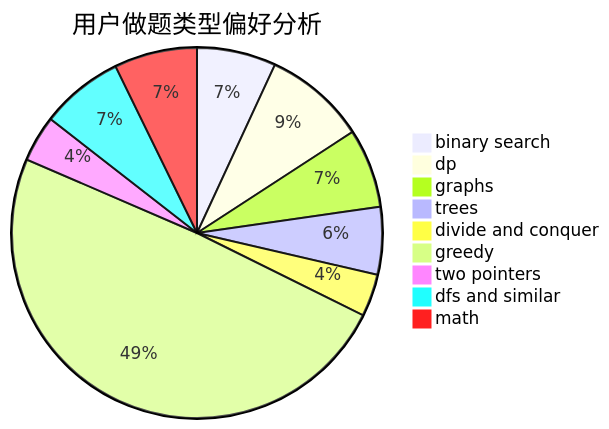
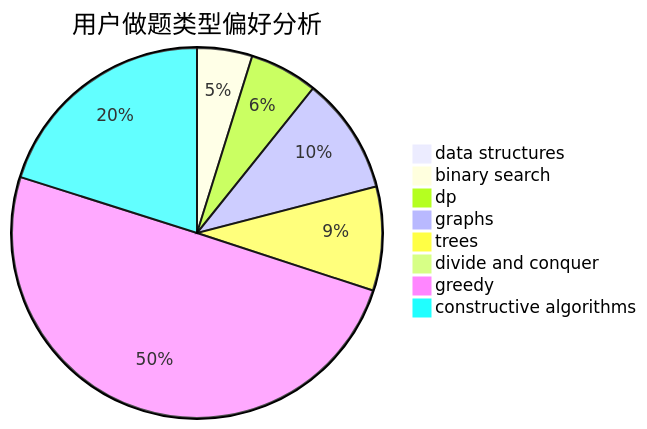
Before and after one commit to sherpahu/cfrs.github.io: the second of 3 diagrams in docs/user/u225.md, drawn with Mermaid. The commit also changed other lines of this file and 2775 other files, not shown here.

````diff
--- a/docs/user/u225.md
+++ b/docs/user/u225.md
@@ -23,12 +23,11 @@
 ```mermaid
 pie title 用户做题类型偏好分析
-    "binary search" :  41
-    "dp" :  53
-    "graphs" :  41
-    "trees" :  35
-    "divide and conquer" :  22
-    "greedy" :  292
-    "two pointers" :  24
-    "dfs and similar" :  43
-    "math" :  43
+    "data structures" :  0
+    "binary search" :  17
+    "dp" :  21
+    "graphs" :  36
+    "trees" :  32
+    "divide and conquer" :  0
+    "greedy" :  176
+    "constructive algorithms" :  71
 ```
````
